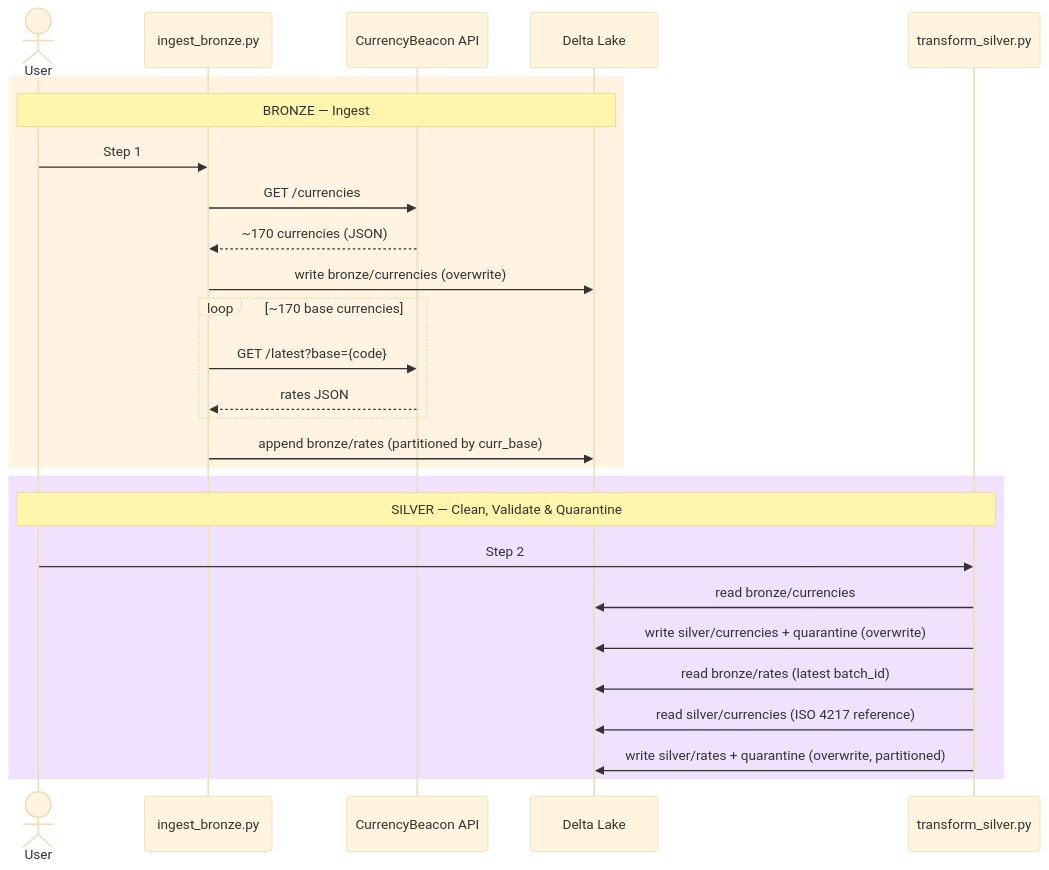
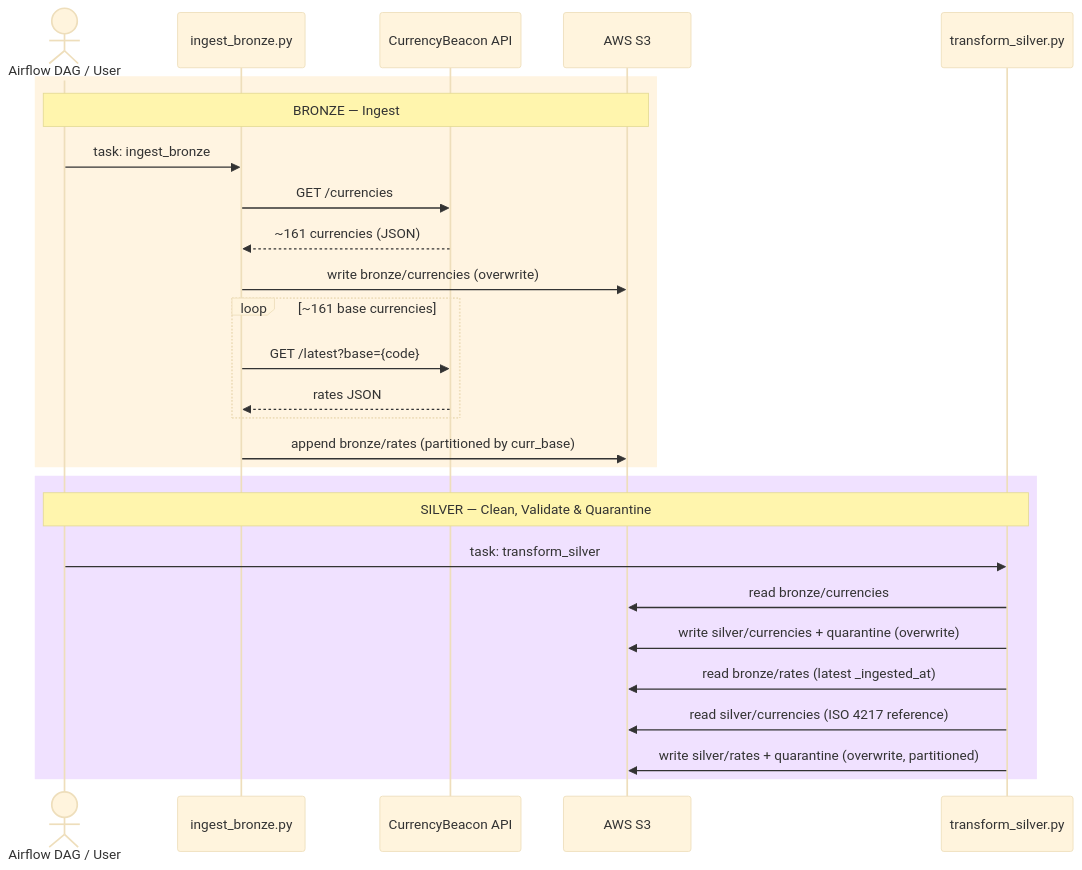
Before and after one commit to TanelS/currency-pipeline: the first of 2 diagrams in diagrams/etl-sequence.md, drawn with Mermaid (base theme). The commit also changed other lines of this file and 19 other files, not shown here.

````diff
--- a/diagrams/etl-sequence.md
+++ b/diagrams/etl-sequence.md
@@ -5,31 +7,31 @@
 ```mermaid
 sequenceDiagram
-    actor User
+    actor Orchestrator as Airflow DAG / User
     participant IB as ingest_bronze.py
     participant API as CurrencyBeacon API
-    participant DL as Delta Lake
+    participant S3 as AWS S3
     participant TS as transform_silver.py
 
     rect rgb(255, 244, 225)
-        Note over User,DL: BRONZE — Ingest
-        User->>IB: Step 1
+        Note over Orchestrator,S3: BRONZE — Ingest
+        Orchestrator->>IB: task: ingest_bronze
         IB->>API: GET /currencies
-        API-->>IB: ~170 currencies (JSON)
-        IB->>DL: write bronze/currencies (overwrite)
-        loop ~170 base currencies
+        API-->>IB: ~161 currencies (JSON)
+        IB->>S3: write bronze/currencies (overwrite)
+        loop ~161 base currencies
             IB->>API: GET /latest?base={code}
             API-->>IB: rates JSON
         end
-        IB->>DL: append bronze/rates (partitioned by curr_base)
+        IB->>S3: append bronze/rates (partitioned by curr_base)
     end
 
     rect rgb(240, 225, 255)
-        Note over User,TS: SILVER — Clean, Validate & Quarantine
-        User->>TS: Step 2
-        TS->>DL: read bronze/currencies
-        TS->>DL: write silver/currencies + quarantine (overwrite)
-        TS->>DL: read bronze/rates (latest batch_id)
-        TS->>DL: read silver/currencies (ISO 4217 reference)
-        TS->>DL: write silver/rates + quarantine (overwrite, partitioned)
+        Note over Orchestrator,TS: SILVER — Clean, Validate & Quarantine
+        Orchestrator->>TS: task: transform_silver
+        TS->>S3: read bronze/currencies
+        TS->>S3: write silver/currencies + quarantine (overwrite)
+        TS->>S3: read bronze/rates (latest _ingested_at)
+        TS->>S3: read silver/currencies (ISO 4217 reference)
+        TS->>S3: write silver/rates + quarantine (overwrite, partitioned)
     end
 ```
````
